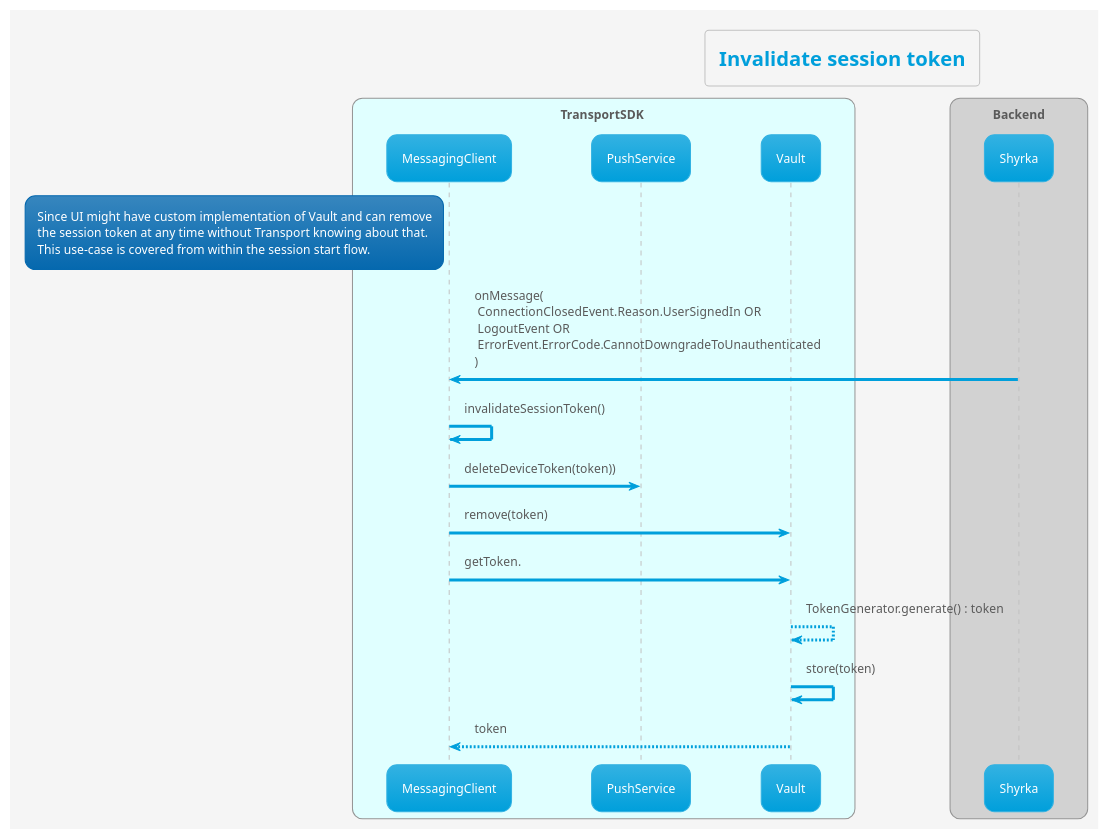
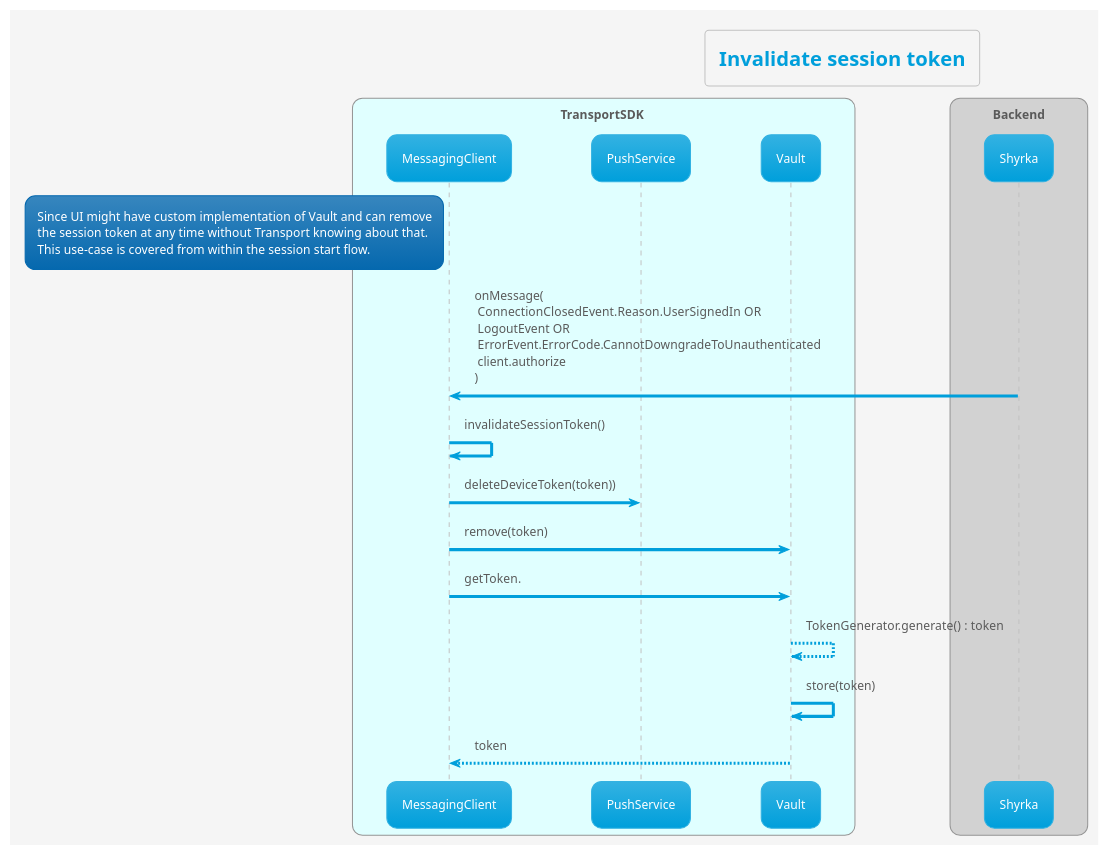
The diagram in transport/uml/push/token_invalidated_push_flow.puml (MyPureCloud/genesys-messenger-transport-mobile-sdk), drawn with PlantUML before and after one commit. The commit also changed 2 other files, not shown here.

```diff
--- a/transport/uml/push/token_invalidated_push_flow.puml
+++ b/transport/uml/push/token_invalidated_push_flow.puml
@@ -1,34 +1,34 @@
 @startuml
 'https://plantuml.com/sequence-diagram
 
 !theme bluegray
 !pragma teoz true
 
 
 skinparam backgroundColor #whitesmoke
 title Invalidate session token
 
 box TransportSDK #lightcyan
 participant MessagingClient
 participant PushService
 participant Vault
 end box
 box Backend
 participant Shyrka
 end box
 
 		rnote left of MessagingClient
 		Since UI might have custom implementation of Vault and can remove
 		the session token at any time without Transport knowing about that.
 		This use-case is covered from within the session start flow.
     	end rnote
 
-	Shyrka -> MessagingClient : onMessage(\n ConnectionClosedEvent.Reason.UserSignedIn  OR \n LogoutEvent OR \n ErrorEvent.ErrorCode.CannotDowngradeToUnauthenticated \n)
+	Shyrka -> MessagingClient : onMessage(\n ConnectionClosedEvent.Reason.UserSignedIn  OR \n LogoutEvent OR \n ErrorEvent.ErrorCode.CannotDowngradeToUnauthenticated \n client.authorize \n)
     MessagingClient -> MessagingClient: invalidateSessionToken()
     MessagingClient -> PushService : deleteDeviceToken(token))
     MessagingClient -> Vault : remove(token)
     MessagingClient -> Vault : getToken.
     Vault --> Vault : TokenGenerator.generate() : token
     Vault -> Vault : store(token)
     Vault --> MessagingClient : token
 @enduml
```
